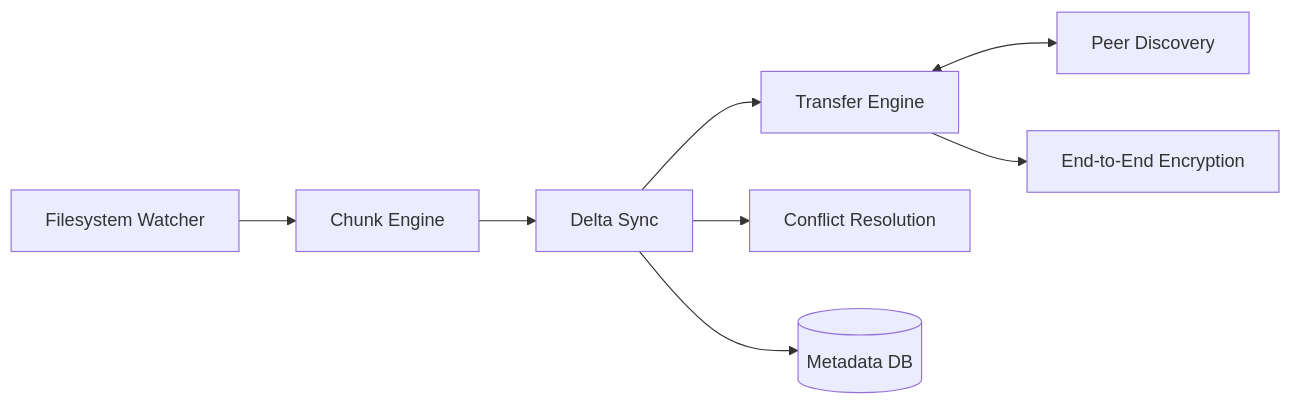
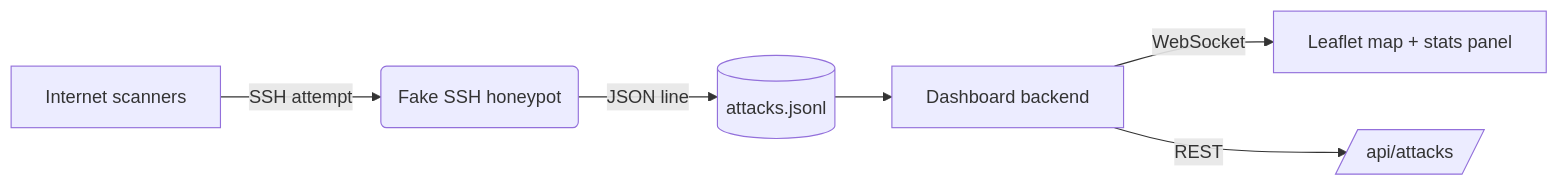
The diagram in README.md (Abolfazlrwm/live-attack-map), drawn with Mermaid before and after one commit. The commit also changed other lines of this file, not shown here.

````diff
--- a/README.md
+++ b/README.md
@@ -58,10 +27,8 @@
 ```mermaid
-flowchart LR
-    A[Filesystem Watcher] --> B[Chunk Engine]
-    B --> C[Delta Sync]
-    C --> D[Transfer Engine]
-    D <--> E[Peer Discovery]
-    D --> F[End-to-End Encryption]
-    C --> G[Conflict Resolution]
-    C --> H[(Metadata DB)]
+graph LR
+    A[Internet scanners] -->|SSH attempt| B(Fake SSH honeypot)
+    B -->|JSON line| C[(attacks.jsonl)]
+    C --> D[Dashboard backend]
+    D -->|WebSocket| E[Leaflet map + stats panel]
+    D -->|REST| F[/api/attacks/]
 ```
````
